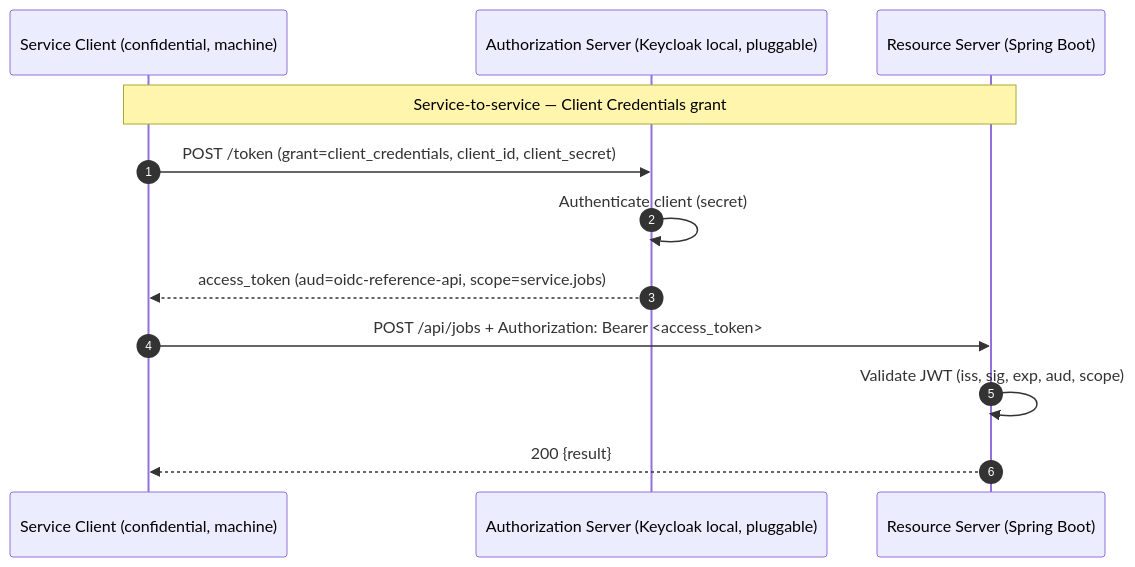
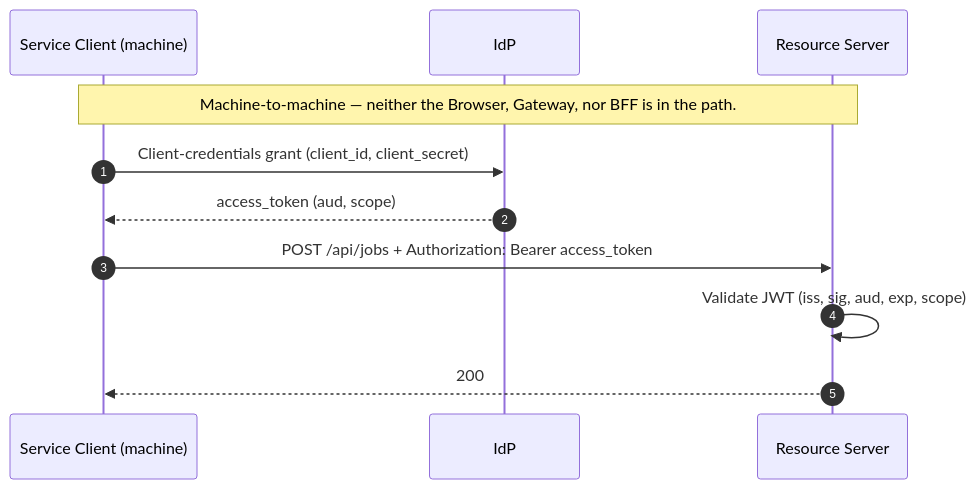
One commit to ajaygodbole7/oidc-reference changed the fourth of 4 diagrams in README.md. Above: the diagram before and after it, drawn with Mermaid. The commit also changed other lines of this file, not shown here.

First line of the commit message:
docs(readme): split the wire-heavy sequence diagram into four clean per-flow diagrams

````diff
--- a/README.md
+++ b/README.md
@@ -164,15 +176,14 @@
 ```mermaid
 sequenceDiagram
     autonumber
-    participant SC as Service Client (confidential, machine)
-    participant K as Authorization Server (Keycloak local, pluggable)
-    participant R as Resource Server (Spring Boot)
+    participant SC as Service Client (machine)
+    participant K as IdP
+    participant R as Resource Server
 
-    Note over SC,R: Service-to-service — Client Credentials grant
-    SC->>K: POST /token  (grant=client_credentials, client_id, client_secret)
-    K->>K: Authenticate client (secret)
-    K-->>SC: access_token  (aud=oidc-reference-api, scope=service.jobs)
-    SC->>R: POST /api/jobs  + Authorization: Bearer <access_token>
-    R->>R: Validate JWT  (iss, sig, exp, aud, scope)
-    R-->>SC: 200 {result}
+    Note over SC,R: Machine-to-machine — neither the Browser, Gateway, nor BFF is in the path.
+    SC->>K: Client-credentials grant (client_id, client_secret)
+    K-->>SC: access_token (aud, scope)
+    SC->>R: POST /api/jobs + Authorization: Bearer access_token
+    R->>R: Validate JWT (iss, sig, aud, exp, scope)
+    R-->>SC: 200
 ```
````
